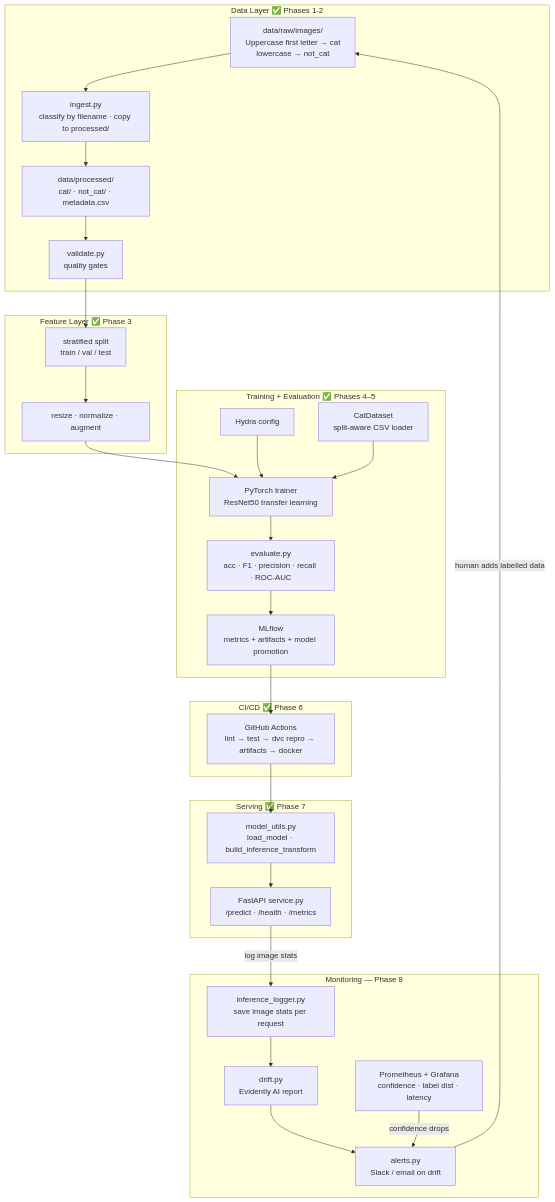
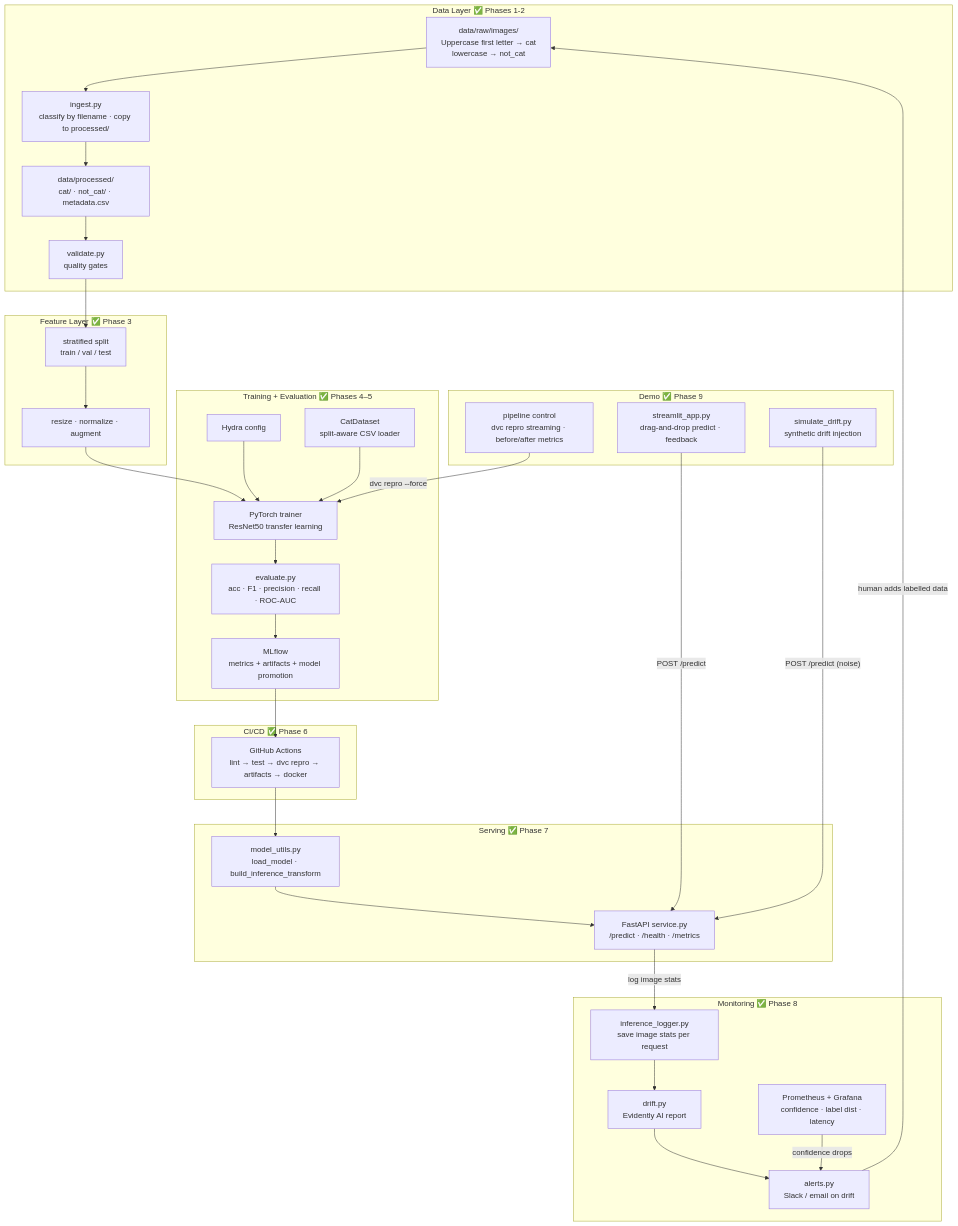
One commit to afonsocosta90/purr-duction-pipeline changed the first of 8 diagrams in docs/Architecture.md. Above: the diagram before and after it, drawn with Mermaid. The commit also changed other lines of this file and 2 other files, not shown here.

````diff
--- a/docs/Architecture.md
+++ b/docs/Architecture.md
@@ -44,42 +45,50 @@
 ```mermaid
 flowchart TD
     subgraph Data["Data Layer ✅ Phases 1-2"]
         RAW["data/raw/images/<br/>Uppercase first letter → cat<br/>lowercase → not_cat"]
         INGEST["ingest.py<br/>classify by filename · copy to processed/"]
         PROC["data/processed/<br/>cat/ · not_cat/ · metadata.csv"]
         VAL["validate.py<br/>quality gates"]
     end
     subgraph Features["Feature Layer ✅ Phase 3"]
         SPLIT["stratified split<br/>train / val / test"]
         FEAT["resize · normalize · augment"]
     end
     subgraph Training["Training + Evaluation ✅ Phases 4–5"]
         HYDRA["Hydra config"]
         DS["CatDataset<br/>split-aware CSV loader"]
         TRAIN["PyTorch trainer<br/>ResNet50 transfer learning"]
         EVAL["evaluate.py<br/>acc · F1 · precision · recall · ROC-AUC"]
         MLFLOW["MLflow<br/>metrics + artifacts + model promotion"]
     end
     subgraph CICD["CI/CD ✅ Phase 6"]
         GH["GitHub Actions<br/>lint → test → dvc repro → artifacts → docker"]
     end
     subgraph Serving["Serving ✅ Phase 7"]
         UTILS["model_utils.py<br/>load_model · build_inference_transform"]
         API["FastAPI service.py<br/>/predict · /health · /metrics"]
     end
-    subgraph Monitor["Monitoring — Phase 8"]
+    subgraph Monitor["Monitoring ✅ Phase 8"]
         LOG["inference_logger.py<br/>save image stats per request"]
         DRIFT["drift.py<br/>Evidently AI report"]
         PROM2["Prometheus + Grafana<br/>confidence · label dist · latency"]
         ALERT["alerts.py<br/>Slack / email on drift"]
+    end
+    subgraph Demo["Demo ✅ Phase 9"]
+        STREAMLIT["streamlit_app.py<br/>drag-and-drop predict · feedback"]
+        SIMDRIFT["simulate_drift.py<br/>synthetic drift injection"]
+        RETRAIN["pipeline control<br/>dvc repro streaming · before/after metrics"]
     end
     RAW --> INGEST --> PROC --> VAL
     VAL --> SPLIT --> FEAT --> TRAIN
     HYDRA --> TRAIN
     DS --> TRAIN --> EVAL --> MLFLOW
     MLFLOW --> GH --> UTILS --> API
     API -->|"log image stats"| LOG
     LOG --> DRIFT --> ALERT
     PROM2 -->|"confidence drops"| ALERT
     ALERT -->|"human adds labelled data"| RAW
+    STREAMLIT -->|"POST /predict"| API
+    SIMDRIFT -->|"POST /predict (noise)"| API
+    RETRAIN -->|"dvc repro --force"| TRAIN
 ```
````
